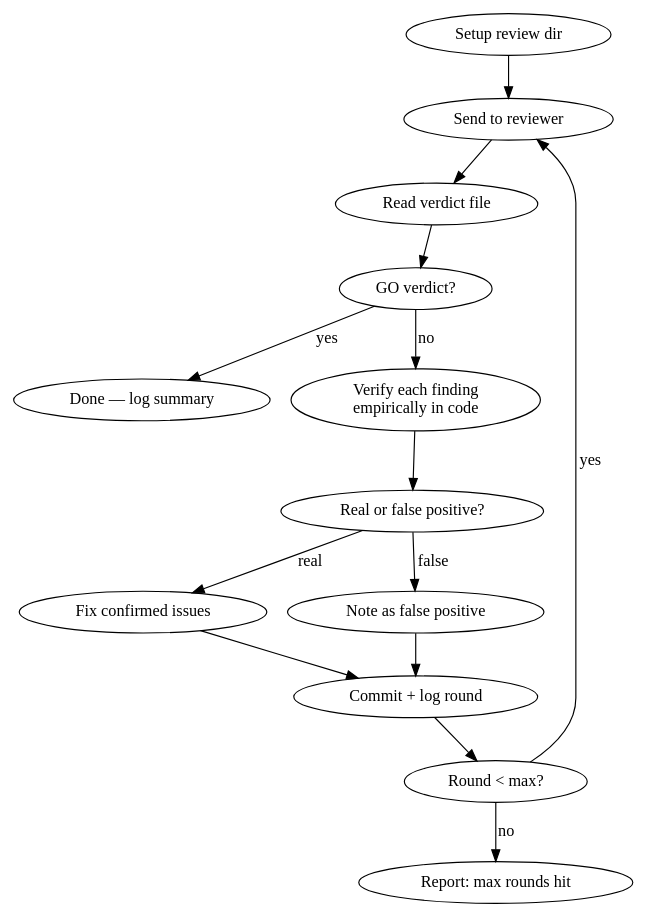
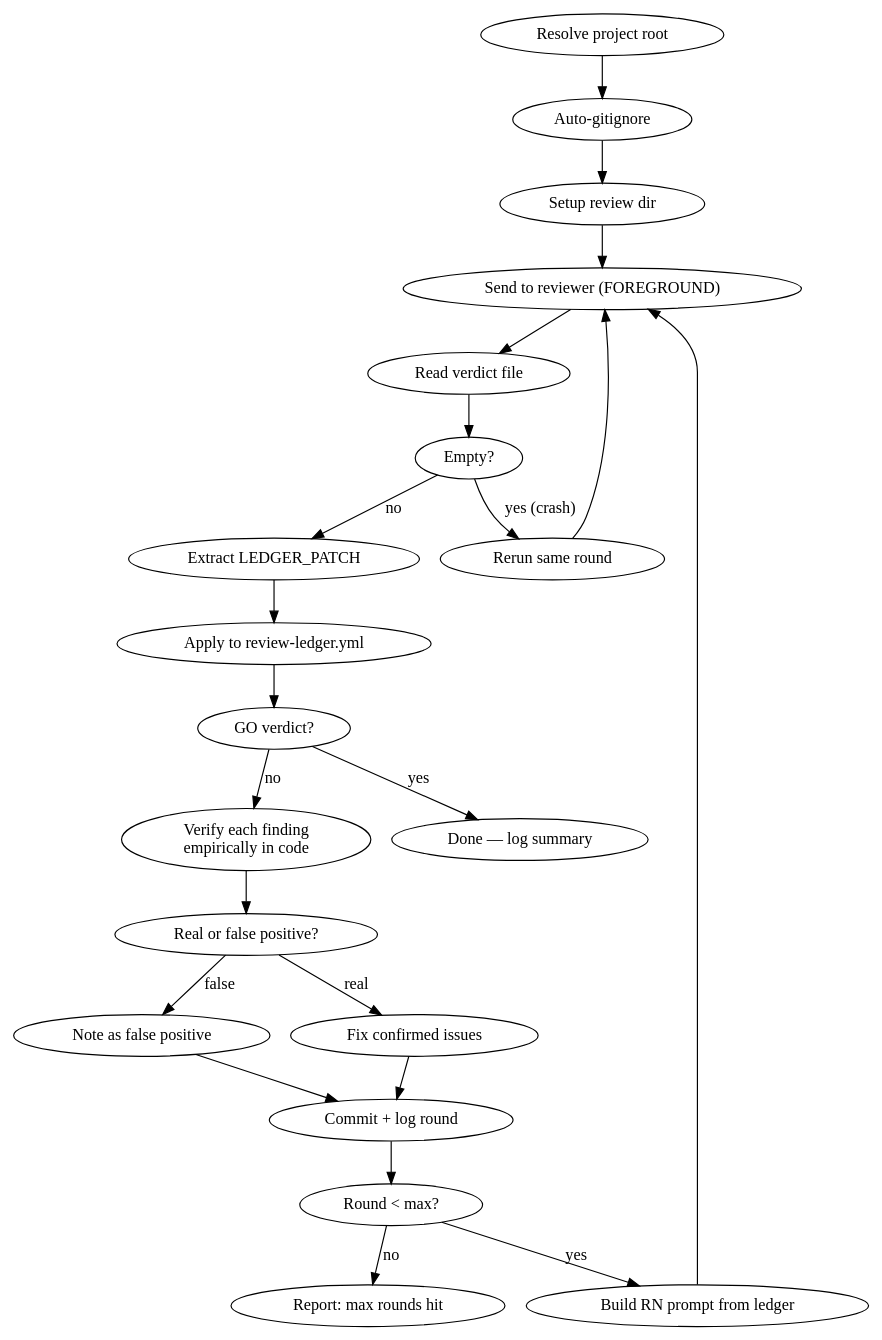
One commit to A3IO/jaine-custom-marketplace changed the diagram in plugins/bulldozer/skills/check/SKILL.md. Above: the diagram before and after it, drawn with Graphviz. The commit also changed other lines of this file and 13 other files, not shown here.

````diff
--- a/plugins/bulldozer/skills/check/SKILL.md
+++ b/plugins/bulldozer/skills/check/SKILL.md
@@ -45,18 +47,26 @@
 ```dot
 digraph review_loop {
   rankdir=TB;
-  "Setup review dir" -> "Send to reviewer";
-  "Send to reviewer" -> "Read verdict file";
-  "Read verdict file" -> "GO verdict?" [label=""];
+  "Resolve project root" -> "Auto-gitignore";
+  "Auto-gitignore" -> "Setup review dir";
+  "Setup review dir" -> "Send to reviewer (FOREGROUND)";
+  "Send to reviewer (FOREGROUND)" -> "Read verdict file";
+  "Read verdict file" -> "Empty?" [label=""];
+  "Empty?" -> "Rerun same round" [label="yes (crash)"];
+  "Rerun same round" -> "Send to reviewer (FOREGROUND)";
+  "Empty?" -> "Extract LEDGER_PATCH" [label="no"];
+  "Extract LEDGER_PATCH" -> "Apply to review-ledger.yml";
+  "Apply to review-ledger.yml" -> "GO verdict?";
   "GO verdict?" -> "Done — log summary" [label="yes"];
   "GO verdict?" -> "Verify each finding\nempirically in code" [label="no"];
   "Verify each finding\nempirically in code" -> "Real or false positive?";
   "Real or false positive?" -> "Fix confirmed issues" [label="real"];
   "Real or false positive?" -> "Note as false positive" [label="false"];
   "Fix confirmed issues" -> "Commit + log round";
   "Note as false positive" -> "Commit + log round";
   "Commit + log round" -> "Round < max?" [label=""];
-  "Round < max?" -> "Send to reviewer" [label="yes"];
+  "Round < max?" -> "Build RN prompt from ledger" [label="yes"];
+  "Build RN prompt from ledger" -> "Send to reviewer (FOREGROUND)";
   "Round < max?" -> "Report: max rounds hit" [label="no"];
 }
 ```
````
